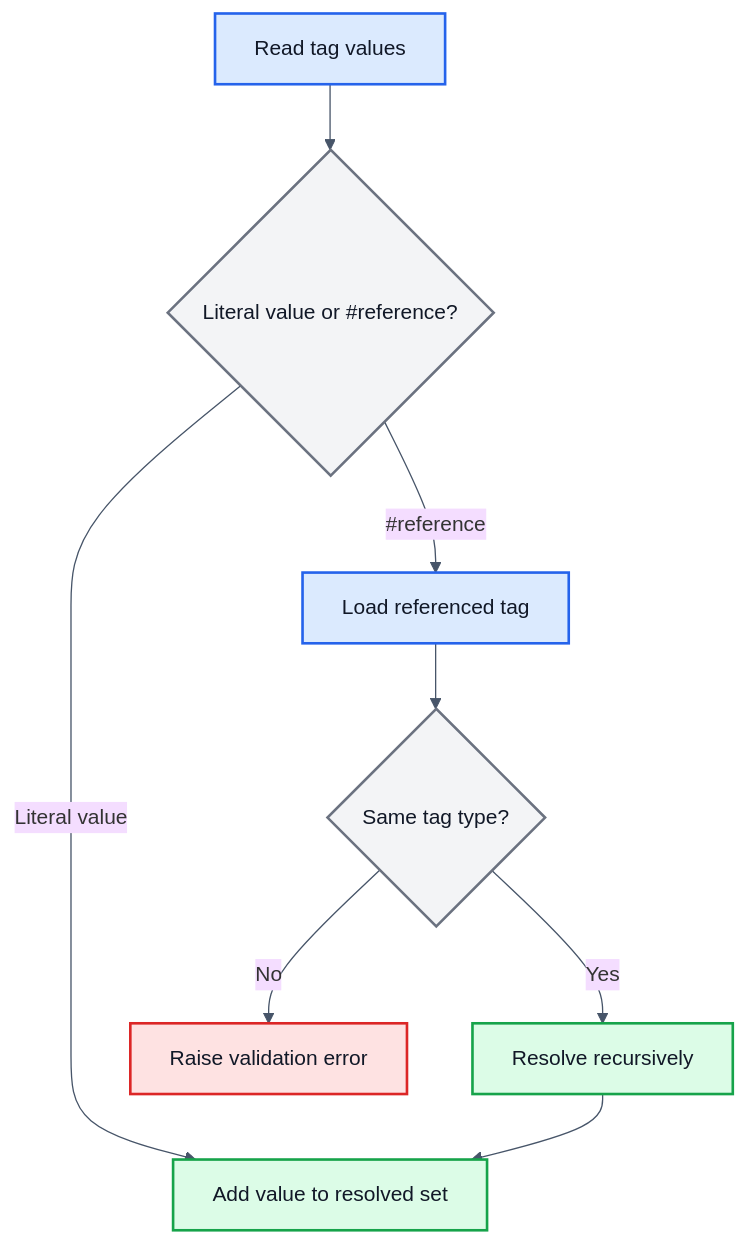
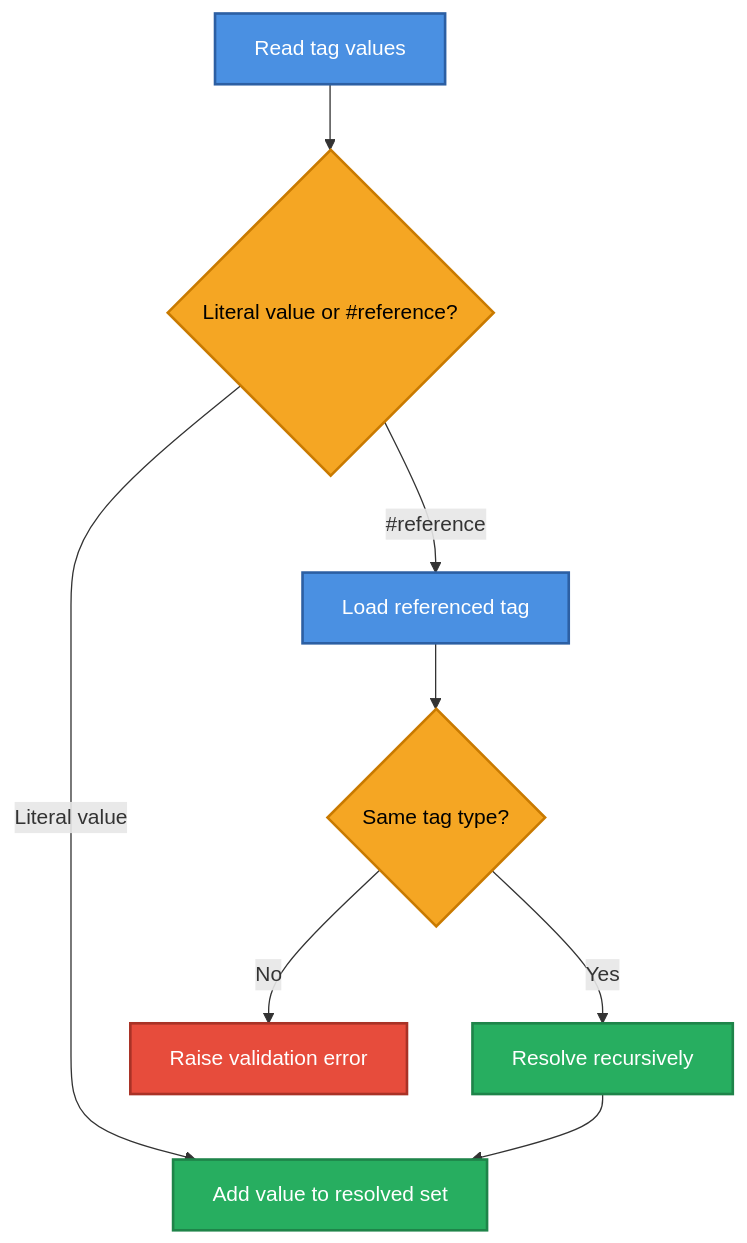
Before and after one commit to AzureDoom/TagCore: the fourth of 6 diagrams in docs/tag-loading.md, drawn with Mermaid. The commit also changed other lines of this file, not shown here.

````diff
--- a/docs/tag-loading.md
+++ b/docs/tag-loading.md
@@ -136,27 +113,22 @@
 ```mermaid
-%%{init: {
-  "theme": "base",
-  "themeVariables": {
-    "lineColor": "#475569",
-    "background": "#FFFFFF"
-  }
-}}%%
 flowchart TD
     A[Read tag values] --> B{Literal value or #reference?}
-    B -->|Literal value| C[Add value to resolved set]
-    B -->|#reference| D[Load referenced tag]
+    B -- Literal value --> C[Add value to resolved set]
+    B -- #reference --> D[Load referenced tag]
     D --> E{Same tag type?}
-    E -->|Yes| F[Resolve recursively]
+    E -- Yes --> F[Resolve recursively]
     F --> C
-    E -->|No| G[Raise validation error]
+    E -- No --> G[Raise validation error]
 
-    classDef input fill:#DBEAFE,stroke:#2563EB,color:#111827,stroke-width:2px;
-    classDef question fill:#F3F4F6,stroke:#6B7280,color:#111827,stroke-width:2px;
-    classDef success fill:#DCFCE7,stroke:#16A34A,color:#111827,stroke-width:2px;
-    classDef error fill:#FEE2E2,stroke:#DC2626,color:#111827,stroke-width:2px;
+%% Classes
+    classDef input fill:#4A90E2,color:#fff,stroke:#2C5FA3,stroke-width:2px;
+    classDef decision fill:#F5A623,color:#000,stroke:#C97A00,stroke-width:2px;
+    classDef success fill:#27AE60,color:#fff,stroke:#1E8449,stroke-width:2px;
+    classDef error fill:#E74C3C,color:#fff,stroke:#A93226,stroke-width:2px;
 
+%% Apply classes
     class A,D input;
-    class B,E question;
+    class B,E decision;
     class C,F success;
     class G error;
 ```
````
